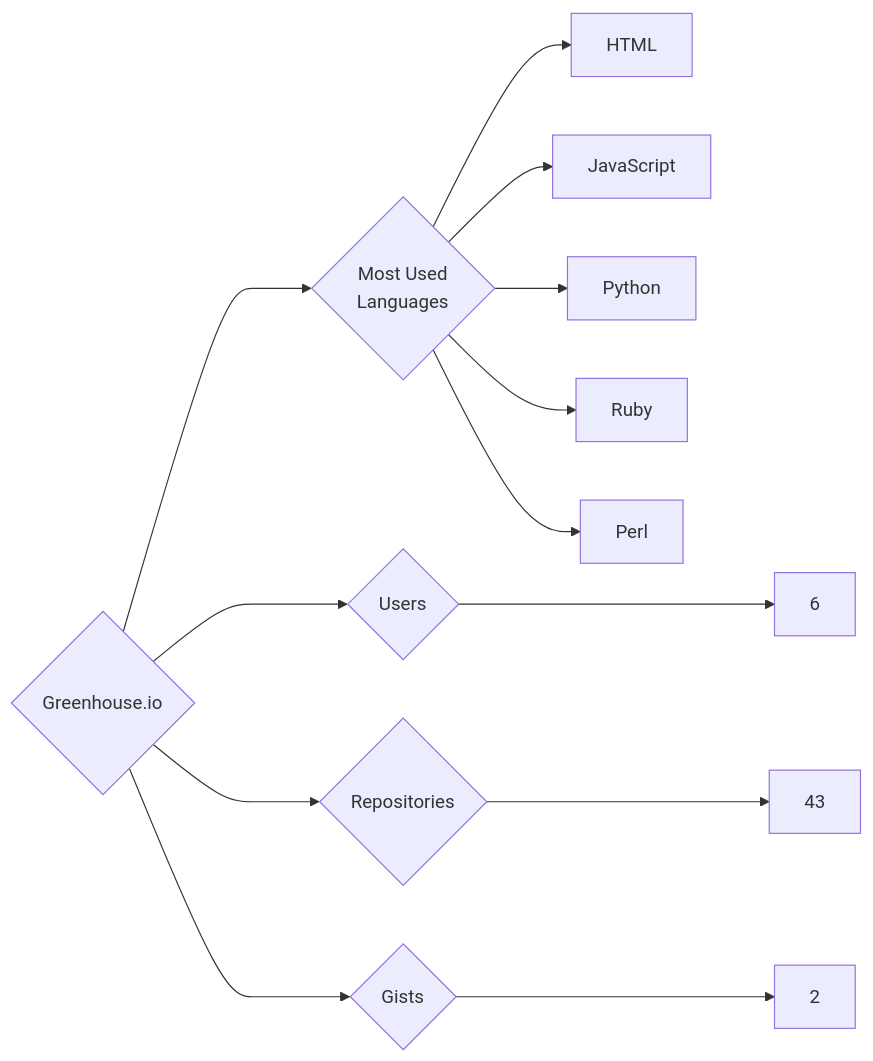
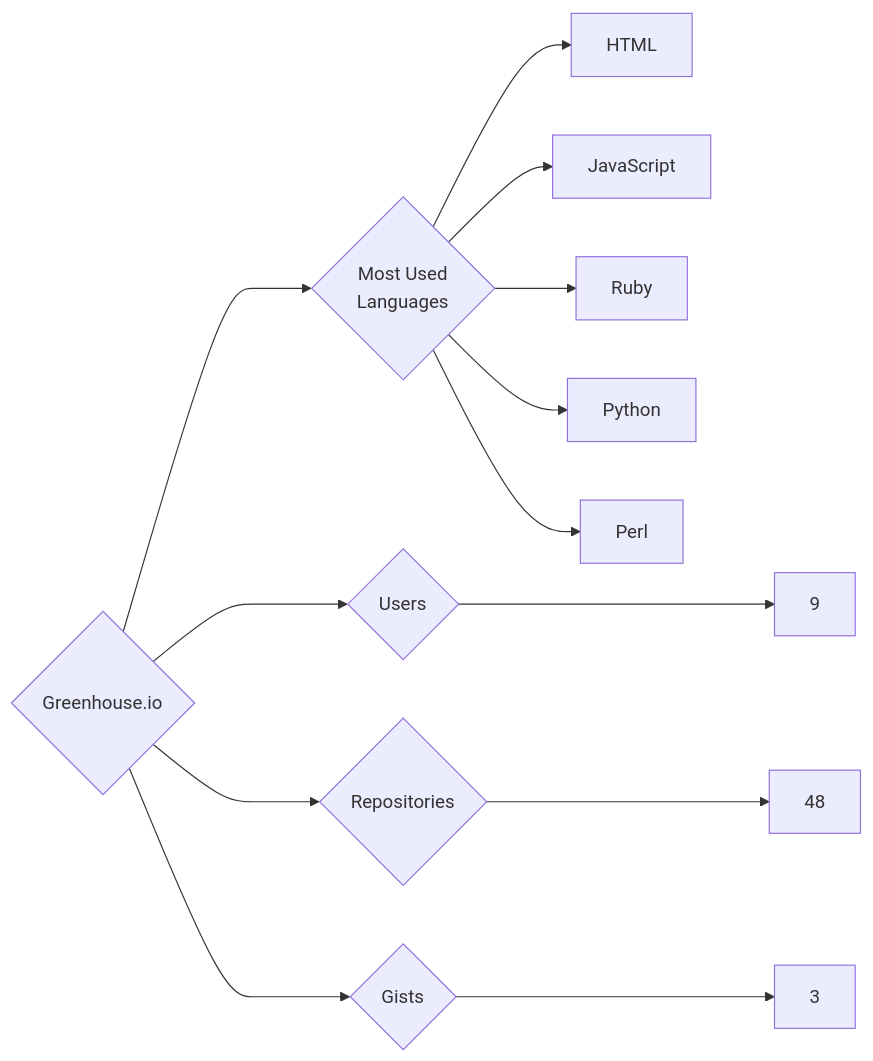
Before and after one commit to trickest/insiders: the diagram in targets/Greenhouse.io/README.md, drawn with Mermaid. The commit also changed 1030 other files, not shown here.

````diff
--- a/targets/Greenhouse.io/README.md
+++ b/targets/Greenhouse.io/README.md
@@ -3,13 +3,13 @@
 ```mermaid
 graph LR
 COMPANY_NAME{Greenhouse.io}
-COMPANY_NAME ---> U{Users} ---> UN[6]
-COMPANY_NAME ---> R{Repositories} ---> RN[43]
-COMPANY_NAME ---> G{Gists} ---> GN[2]
+COMPANY_NAME ---> U{Users} ---> UN[9]
+COMPANY_NAME ---> R{Repositories} ---> RN[48]
+COMPANY_NAME ---> G{Gists} ---> GN[3]
 COMPANY_NAME ---> ML{Most Used<br>Languages}
 ML --> HTML[HTML]
 ML --> JavaScript[JavaScript]
+ML --> Ruby[Ruby]
 ML --> Python[Python]
-ML --> Ruby[Ruby]
 ML --> Perl[Perl]
 ```
````
